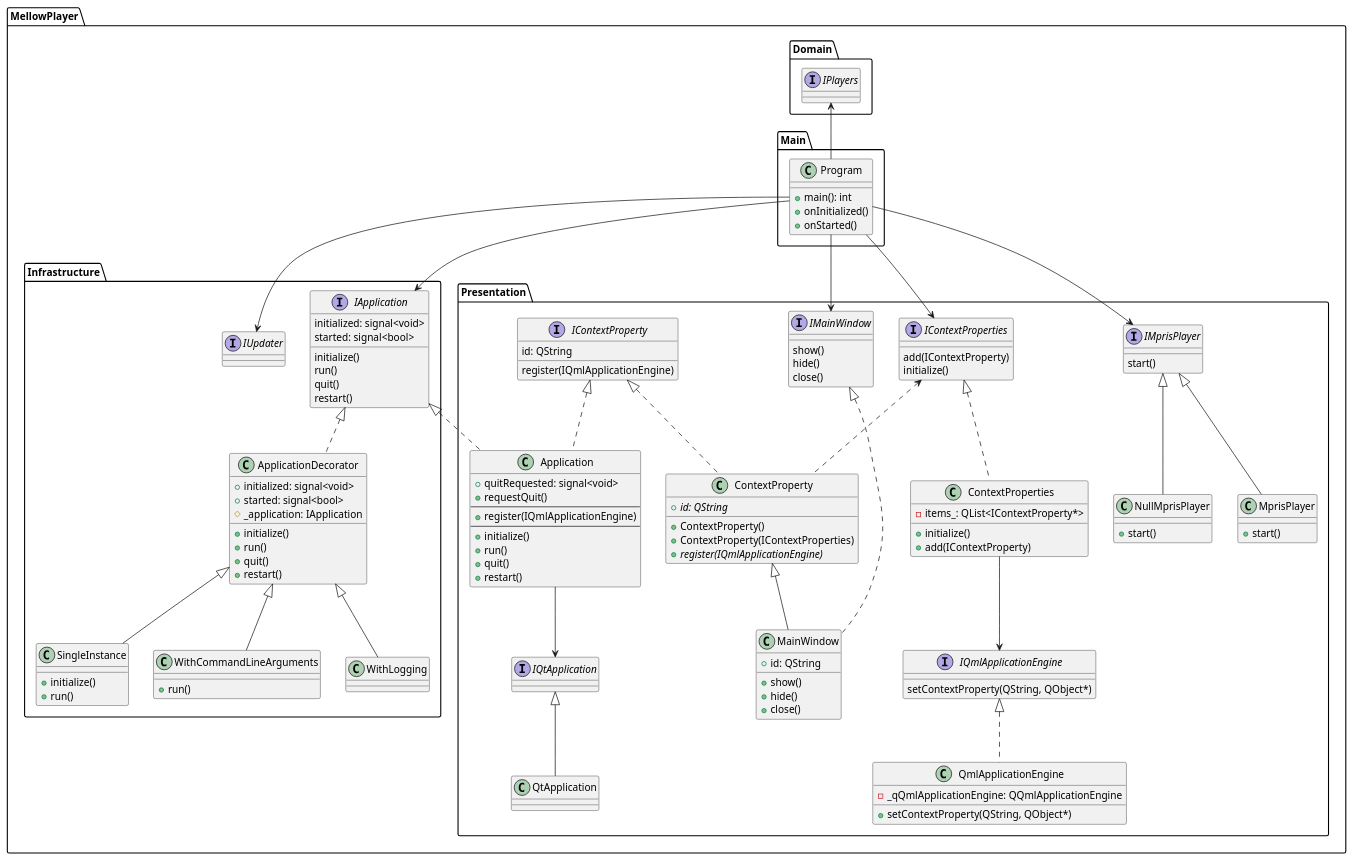
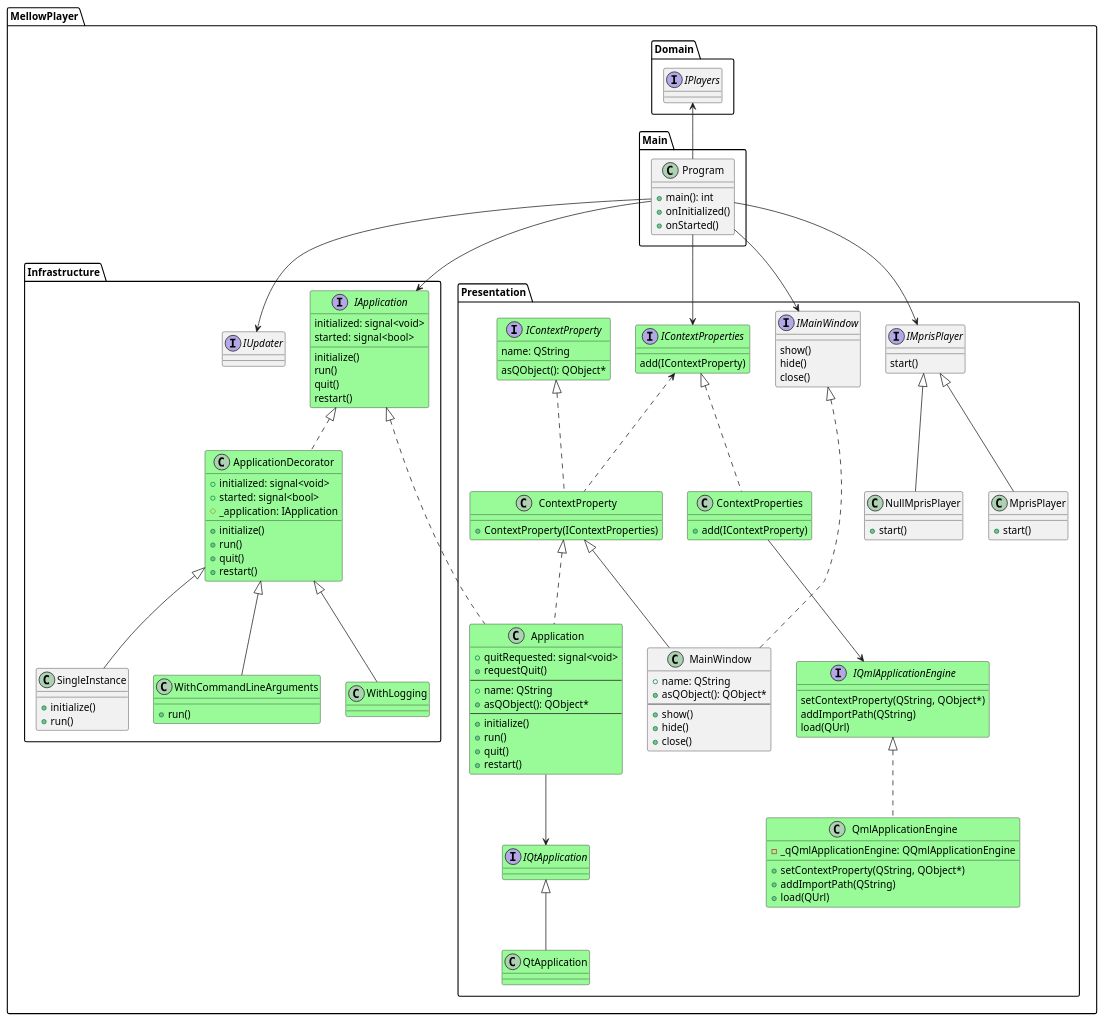
Before and after one commit to ColinDuquesnoy/MellowPlayer: the diagram in docs/developers/PlantUml/Application.puml, drawn with PlantUML. The commit also changed 24 other files, not shown here.

Commit message:
Better QML context properties

```diff
--- a/docs/developers/PlantUml/Application.puml
+++ b/docs/developers/PlantUml/Application.puml
@@ -1,165 +1,165 @@
 @startuml
 
 namespace MellowPlayer.Main {
     class Program {
         + main(): int
         + onInitialized()
         + onStarted()
 
     }
     Program --> MellowPlayer.Infrastructure.IApplication
     Program --> MellowPlayer.Presentation.IContextProperties
     Program --> MellowPlayer.Presentation.IMainWindow
     Program --> MellowPlayer.Presentation.IMprisPlayer
     Program -up-> MellowPlayer.Domain.IPlayers
     Program --> MellowPlayer.Infrastructure.IUpdater
 }
 
 namespace MellowPlayer.Domain {
     interface IPlayers
 }
 
 namespace MellowPlayer.Infrastructure {
     interface IUpdater
 
-    interface IApplication {
+    interface IApplication #PaleGreen {
         initialized: signal<void>
         started: signal<bool>
         initialize()
         run()
         quit()
         restart()
     }
 
-    class ApplicationDecorator {
+    class ApplicationDecorator #PaleGreen {
         + initialized: signal<void>
         + started: signal<bool>
         # _application: IApplication
         + initialize()
         + run()
         + quit()
         + restart()
     }
 
     IApplication <|.. ApplicationDecorator
 
     class SingleInstance {
         + initialize()
         + run()
     }
     ApplicationDecorator <|-- SingleInstance
 
-    class WithCommandLineArguments {
+    class WithCommandLineArguments #PaleGreen {
         + run()
     }
     ApplicationDecorator <|-- WithCommandLineArguments
 
-    class WithLogging {
+    class WithLogging #PaleGreen {
 
     }
     ApplicationDecorator <|-- WithLogging
 }
 
 namespace MellowPlayer.Presentation {
-    interface IQtApplication {
+    interface IQtApplication #PaleGreen {
     }
-    class QtApplication {
+    class QtApplication #PaleGreen {
 
     }
     IQtApplication <|-- QtApplication
-    class Application {
+    class Application #PaleGreen {
         + quitRequested: signal<void>
         + requestQuit()
         --
-        + register(IQmlApplicationEngine)
+        + name: QString
+        + asQObject(): QObject*
         --
         + initialize()
         + run()
         + quit()
         + restart()
     }
     MellowPlayer.Infrastructure.IApplication <|.. Application
-    IContextProperty <|.. Application
+    ContextProperty <|.. Application
     Application -down-> IQtApplication
 
-    interface IQmlApplicationEngine {
+    interface IQmlApplicationEngine #PaleGreen {
         setContextProperty(QString, QObject*)
+        addImportPath(QString)
+        load(QUrl)
     }
-    class QmlApplicationEngine {
+    class QmlApplicationEngine #PaleGreen {
         - _qQmlApplicationEngine: QQmlApplicationEngine
-        +setContextProperty(QString, QObject*)
+        + setContextProperty(QString, QObject*)
+        + addImportPath(QString)
+        + load(QUrl)
     }
     IQmlApplicationEngine <|.. QmlApplicationEngine
 
-    interface IContextProperty {
-        id: QString
-        register(IQmlApplicationEngine)
+    interface IContextProperty #PaleGreen {
+        name: QString
+        asQObject(): QObject*
     }
 
-    class ContextProperty {
-        + ContextProperty()
+    class ContextProperty #PaleGreen {
         + ContextProperty(IContextProperties)
-        + {abstract} id: QString
-        + {abstract} register(IQmlApplicationEngine)
     }
     IContextProperty <|.. ContextProperty
     ContextProperty .up.> IContextProperties
 
-    interface IContextProperties {
+    interface IContextProperties #PaleGreen {
         add(IContextProperty)
-        initialize()
     }
 
-    class ContextProperties {
-        - items_: QList<IContextProperty*>
-        + initialize()
+    class ContextProperties #PaleGreen {
         + add(IContextProperty)
     }
     IContextProperties <|.. ContextProperties
     ContextProperties --> IQmlApplicationEngine
 
     interface IMainWindow {
         show()
         hide()
         close()
     }
 
     class MainWindow {
-        + id: QString
+        + name: QString
+        + asQObject(): QObject*
+        --
         + show()
         + hide()
         + close()
     }
     IMainWindow <|... MainWindow
     ContextProperty <|-- MainWindow
 
     interface IMprisPlayer {
         start()
     }
     class MprisPlayer {
         + start()
     }
     IMprisPlayer <|-- MprisPlayer
 
     class NullMprisPlayer {
         + start()
     }
     IMprisPlayer <|-- NullMprisPlayer
-
 }
 
 
 'note bottom
 '
 'int main(argc, argv) {
 '    QApplication qtApp(argc, argv); // bound by instance in injector
 '    // dependency injector setup
 '    ...
 '    auto applicationFactory = injector.create<IApplicationFactory>();
 '    auto app = applicationFactory.create();
 '    return app->run();
 '}
 '
 'end note
 
 @enduml
```
